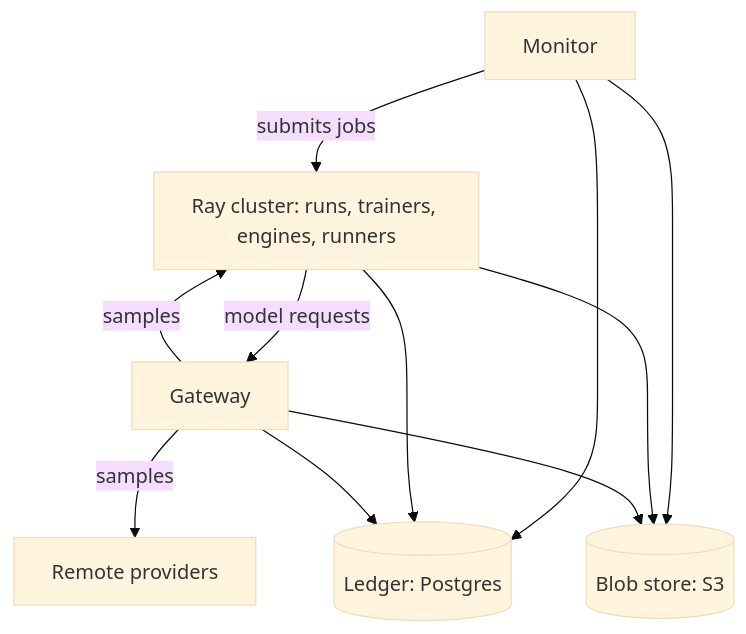
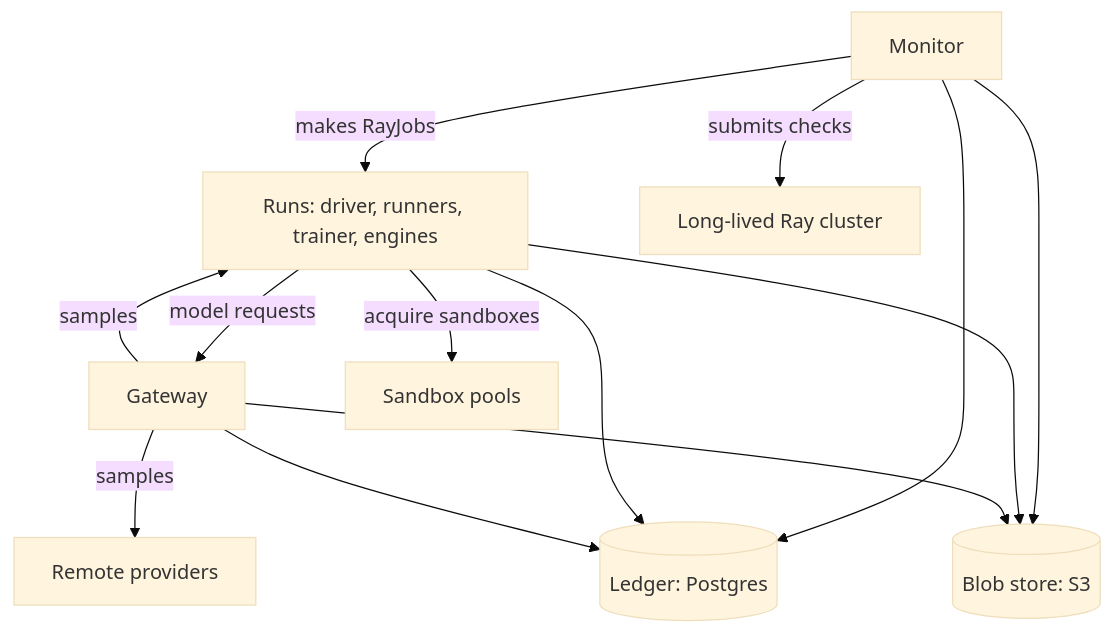
The diagram in docs/deploy/roles.md (by77er/distributed_agents_environments), drawn with Mermaid (base theme) before and after one commit. The commit also changed other lines of this file and 92 other files, not shown here.

````diff
--- a/docs/deploy/roles.md
+++ b/docs/deploy/roles.md
@@ -45,13 +54,15 @@
 ```mermaid
 flowchart TB
-    Monitor -- submits jobs --> Ray[Ray cluster: runs, trainers, engines, runners]
-    Ray -- model requests --> Gateway
-    Gateway -- samples --> Ray
+    Monitor -- makes RayJobs --> Runs[Runs: driver, runners, trainer, engines]
+    Monitor -- submits checks --> Ray[Long-lived Ray cluster]
+    Runs -- model requests --> Gateway
+    Runs -- acquire sandboxes --> Pools[Sandbox pools]
+    Gateway -- samples --> Runs
     Gateway -- samples --> Remote[Remote providers]
     Monitor --> Ledger[(Ledger: Postgres)]
     Monitor --> Blobs[(Blob store: S3)]
-    Ray --> Ledger
-    Ray --> Blobs
+    Runs --> Ledger
+    Runs --> Blobs
     Gateway --> Ledger
     Gateway --> Blobs
 ```
````
